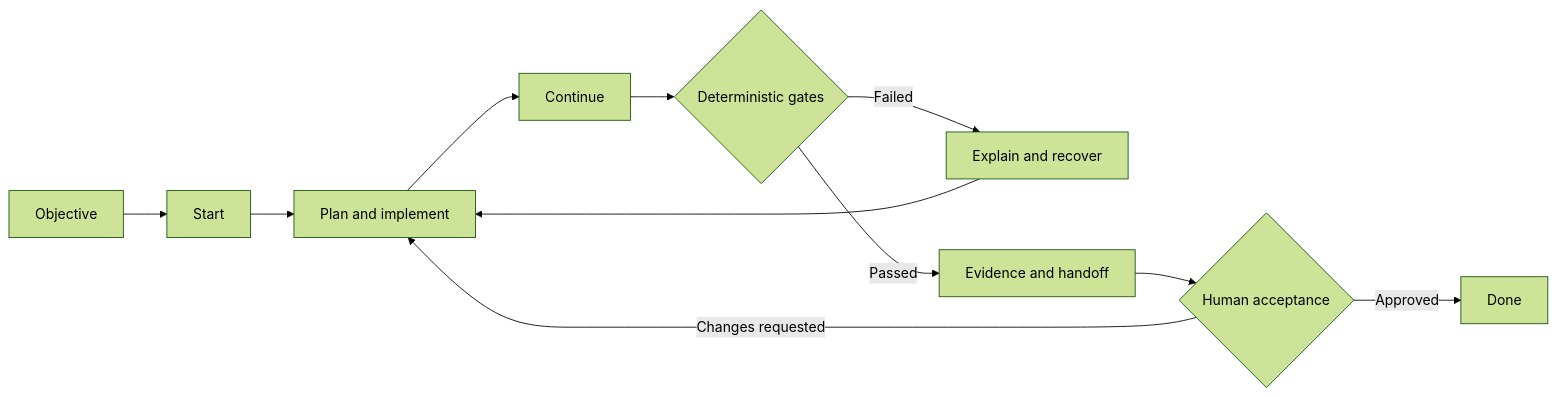
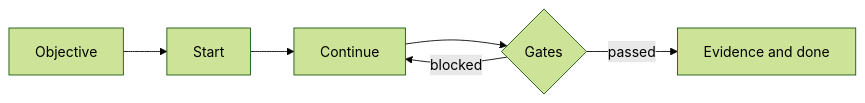
Before and after one commit to thiagocorreanet/kratos-harness: the second of 2 diagrams in README.md, drawn with Mermaid (forest theme). The commit also changed other lines of this file and 530 other files, not shown here.

````diff
--- a/README.md
+++ b/README.md
@@ -157,13 +73,8 @@
 ```mermaid
 flowchart LR
-    O[Objective] --> S[Start]
-    S --> P[Plan and implement]
-    P --> C[Continue]
-    C --> G{Deterministic gates}
-    G -->|Failed| X[Explain and recover]
-    X --> P
-    G -->|Passed| E[Evidence and handoff]
-    E --> A{Human acceptance}
-    A -->|Changes requested| P
-    A -->|Approved| D[Done]
+    O["Objective"] --> S["Start"]
+    S --> C["Continue"]
+    C --> G{"Gates"}
+    G -->|blocked| C
+    G -->|passed| D["Evidence and done"]
 ```
````
